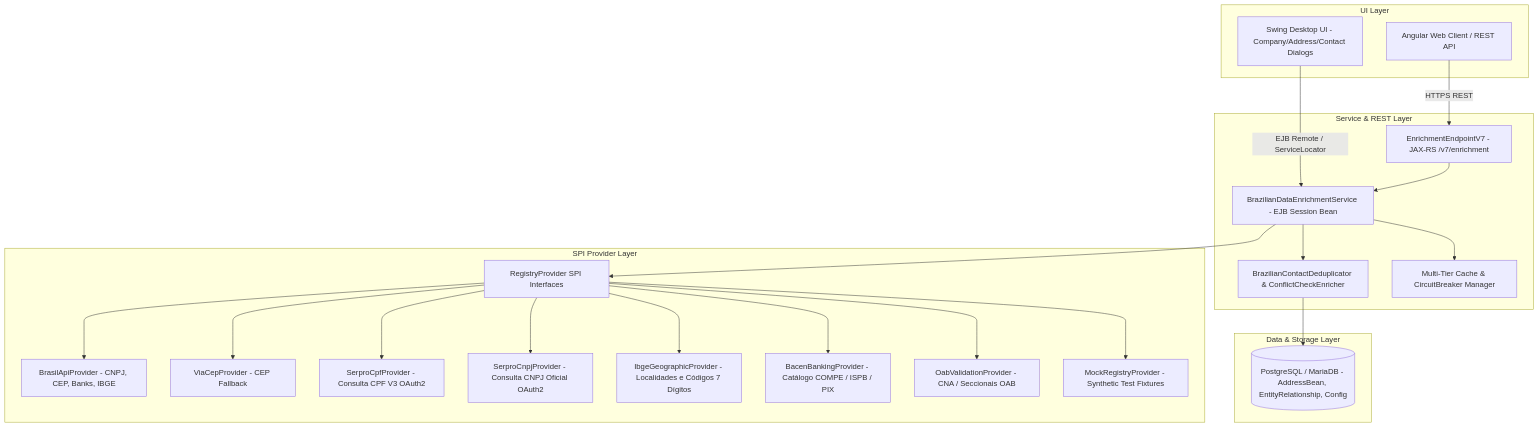
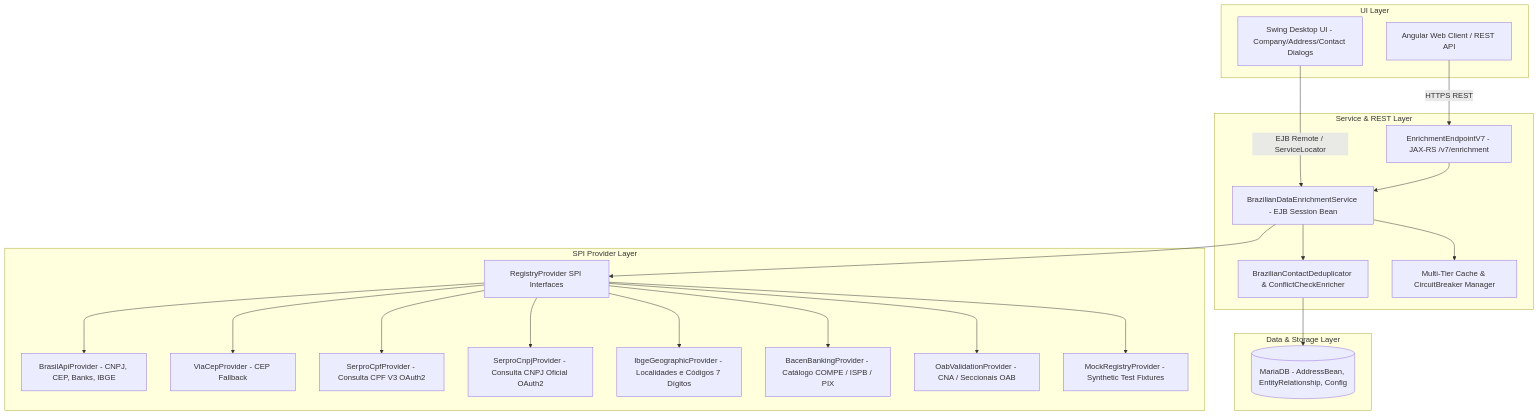
Before and after one commit to ricarossetto/br-lawyer: the diagram in docs/architecture/DATA_ENRICHMENT_ARCHITECTURE.md, drawn with Mermaid. The commit also changed 9 other files, not shown here.

````diff
--- a/docs/architecture/DATA_ENRICHMENT_ARCHITECTURE.md
+++ b/docs/architecture/DATA_ENRICHMENT_ARCHITECTURE.md
@@ -24,46 +24,46 @@
 ```mermaid
 flowchart TD
     subgraph UI Layer
         SwingClient[Swing Desktop UI - Company/Address/Contact Dialogs]
         WebClient[Angular Web Client / REST API]
     end
 
     subgraph Service & REST Layer
         REST[EnrichmentEndpointV7 - JAX-RS /v7/enrichment]
         EJBService[BrazilianDataEnrichmentService - EJB Session Bean]
         Deduplicator[BrazilianContactDeduplicator & ConflictCheckEnricher]
         CacheManager[Multi-Tier Cache & CircuitBreaker Manager]
     end
 
     subgraph SPI Provider Layer
         SPI[RegistryProvider SPI Interfaces]
         BrasilApi[BrasilApiProvider - CNPJ, CEP, Banks, IBGE]
         ViaCep[ViaCepProvider - CEP Fallback]
         SerproCpf[SerproCpfProvider - Consulta CPF V3 OAuth2]
         SerproCnpj[SerproCnpjProvider - Consulta CNPJ Oficial OAuth2]
         IbgeProv[IbgeGeographicProvider - Localidades e Códigos 7 Dígitos]
         BacenProv[BacenBankingProvider - Catálogo COMPE / ISPB / PIX]
         OabProv[OabValidationProvider - CNA / Seccionais OAB]
         MockProv[MockRegistryProvider - Synthetic Test Fixtures]
     end
 
     subgraph Data & Storage Layer
-        JPA[(PostgreSQL / MariaDB - AddressBean, EntityRelationship, Config)]
+        JPA[(MariaDB - AddressBean, EntityRelationship, Config)]
     end
 
     SwingClient -->|EJB Remote / ServiceLocator| EJBService
     WebClient -->|HTTPS REST| REST
     REST --> EJBService
     EJBService --> Deduplicator
     EJBService --> CacheManager
     EJBService --> SPI
     SPI --> BrasilApi
     SPI --> ViaCep
     SPI --> SerproCpf
     SPI --> SerproCnpj
     SPI --> IbgeProv
     SPI --> BacenProv
     SPI --> OabProv
     SPI --> MockProv
     Deduplicator --> JPA
 ```
````
